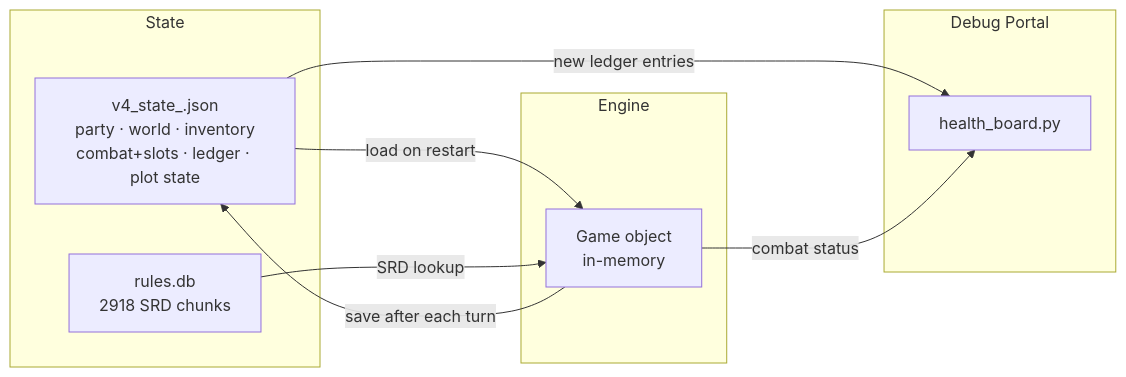
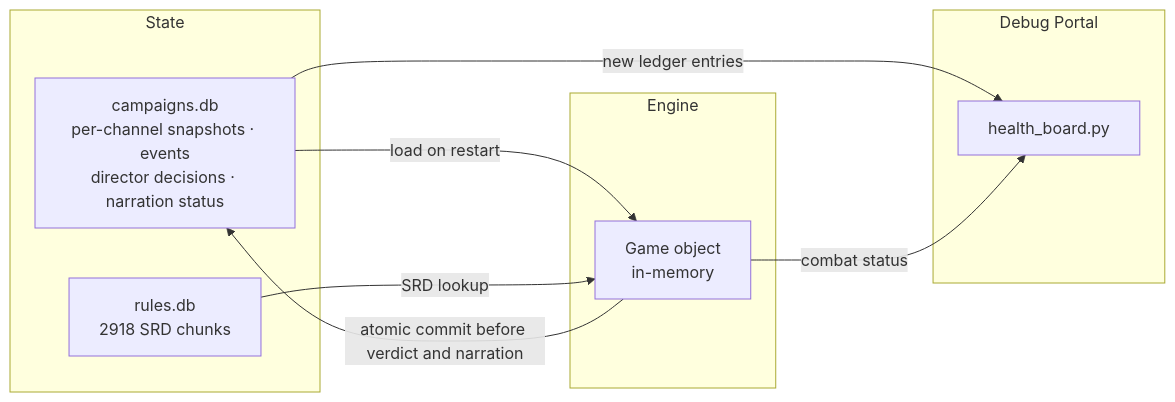
The third of 3 diagrams in ARCHITECTURE.md (J4CkM4n/dnd-discord-bot), drawn with Mermaid before and after one commit. The commit also changed other lines of this file and 20 other files, not shown here.

First line of the commit message:
feat: add JEV director decisions and durable campaign memory

````diff
--- a/ARCHITECTURE.md
+++ b/ARCHITECTURE.md
@@ -120,22 +120,22 @@
 ```mermaid
 graph LR
     subgraph "State"
-        V4S[v4_state_<channel>.json<br/>party · world · inventory<br/>combat+slots · ledger · plot state]
+        V4S[campaigns.db<br/>per-channel snapshots · events<br/>director decisions · narration status]
         RDB[rules.db<br/>2918 SRD chunks]
     end
 
     subgraph "Engine"
         GAME[Game object<br/>in-memory]
     end
 
-    GAME -->|save after each turn| V4S
+    GAME -->|atomic commit before verdict and narration| V4S
     V4S -->|load on restart| GAME
     RDB -->|SRD lookup| GAME
 
     subgraph "Debug Portal"
         HB[health_board.py]
     end
 
     V4S -->|new ledger entries| HB
     GAME -->|combat status| HB
 ```
````
